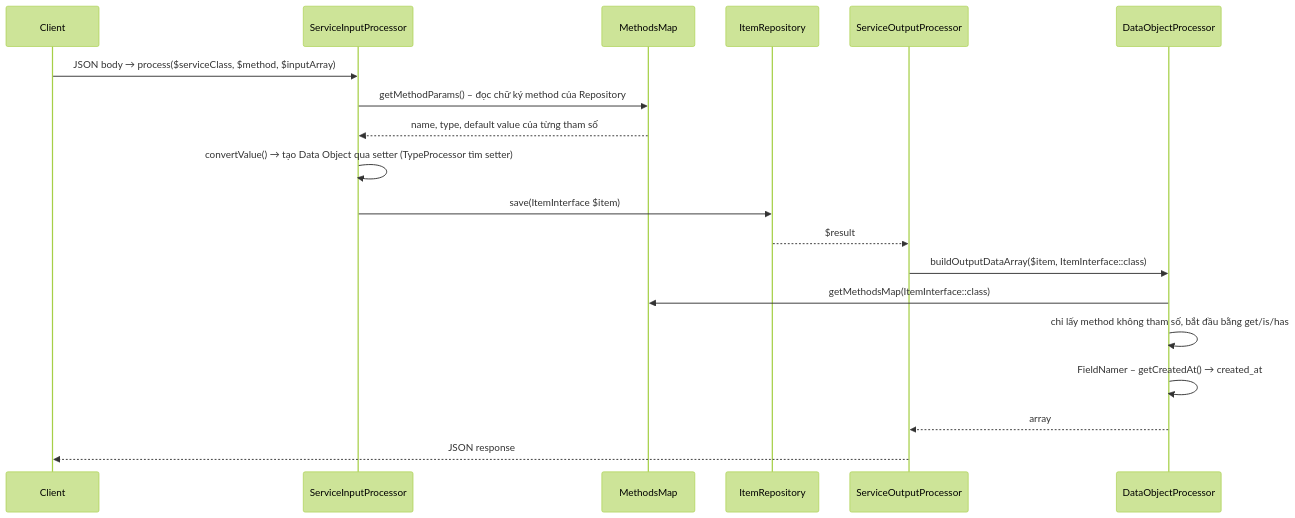
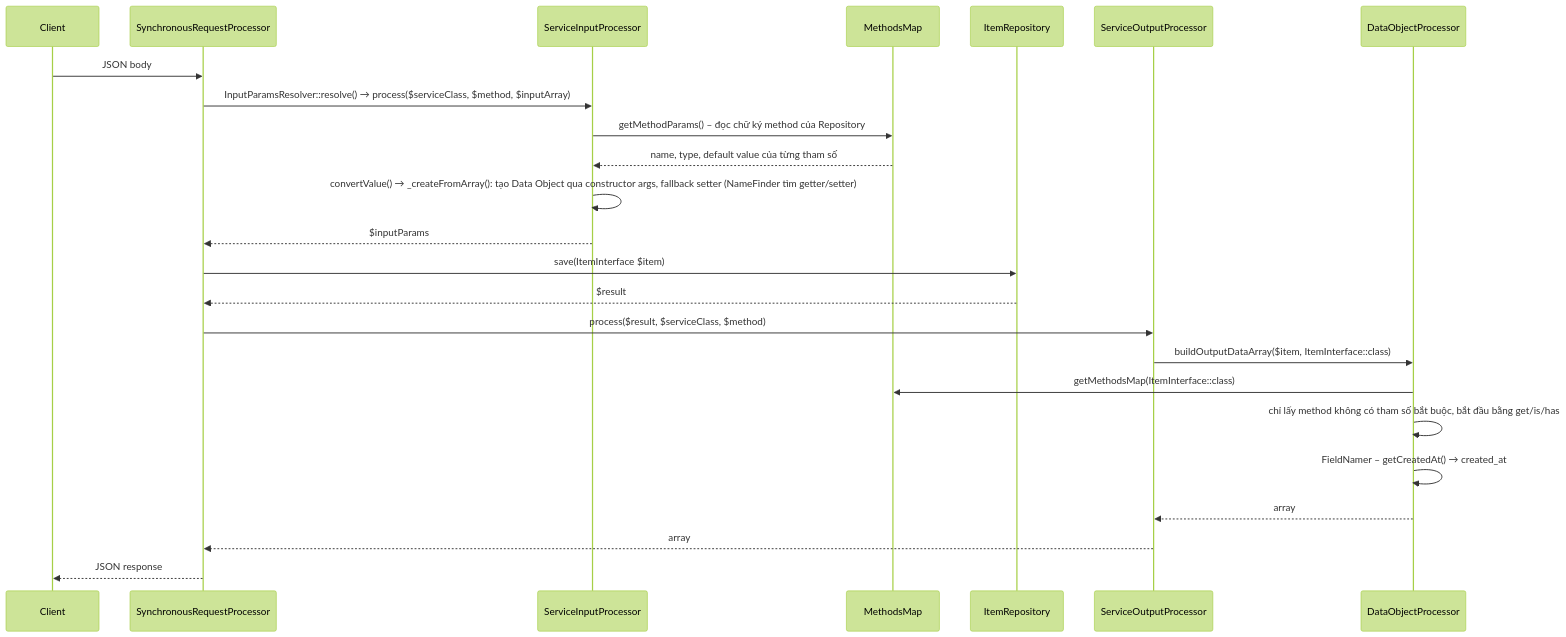
The diagram in Dev Docs/10. Magento/10. Knowledge Base/Architecture/DB & Data Object/Reflection.md (dpnam03/dev-doc), drawn with Mermaid (forest theme) before and after one commit. The commit also changed other lines of this file and 10 other files, not shown here.

Commit message:
magento-base-knowledge-architecture - review update DB & Data Object

````diff
--- a/Dev Docs/10. Magento/10. Knowledge Base/Architecture/DB & Data Object/Reflection.md
+++ b/Dev Docs/10. Magento/10. Knowledge Base/Architecture/DB & Data Object/Reflection.md
@@ -46,21 +46,26 @@
 ```mermaid
 sequenceDiagram
     participant C as Client
+    participant SRP as SynchronousRequestProcessor
     participant SIP as ServiceInputProcessor
     participant MM as MethodsMap
     participant R as ItemRepository
     participant SOP as ServiceOutputProcessor
     participant DOP as DataObjectProcessor
-    C->>SIP: JSON body → process($serviceClass, $method, $inputArray)
+    C->>SRP: JSON body
+    SRP->>SIP: InputParamsResolver::resolve() → process($serviceClass, $method, $inputArray)
     SIP->>MM: getMethodParams() – đọc chữ ký method của Repository
     MM-->>SIP: name, type, default value của từng tham số
-    SIP->>SIP: convertValue() → tạo Data Object qua setter (TypeProcessor tìm setter)
-    SIP->>R: save(ItemInterface $item)
-    R-->>SOP: $result
+    SIP->>SIP: convertValue() → _createFromArray(): tạo Data Object qua constructor args, fallback setter (NameFinder tìm getter/setter)
+    SIP-->>SRP: $inputParams
+    SRP->>R: save(ItemInterface $item)
+    R-->>SRP: $result
+    SRP->>SOP: process($result, $serviceClass, $method)
     SOP->>DOP: buildOutputDataArray($item, ItemInterface::class)
     DOP->>MM: getMethodsMap(ItemInterface::class)
-    DOP->>DOP: chỉ lấy method không tham số, bắt đầu bằng get/is/has
+    DOP->>DOP: chỉ lấy method không có tham số bắt buộc, bắt đầu bằng get/is/has
     DOP->>DOP: FieldNamer – getCreatedAt() → created_at
     DOP-->>SOP: array
-    SOP-->>C: JSON response
+    SOP-->>SRP: array
+    SRP-->>C: JSON response
 ```
````
